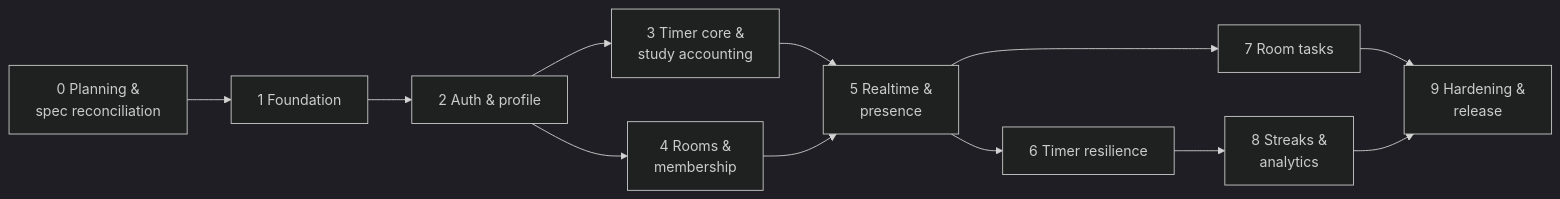
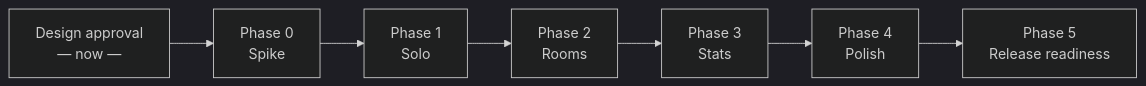
One commit to Atharvaajain/StudySync changed the diagram in DEVELOPMENT_ROADMAP.md. Above: the diagram before and after it, drawn with Mermaid (dark theme). The commit also changed other lines of this file and 6 other files, not shown here.

First line of the commit message:
docs: finalize design v1.0 against the final StudySync specification

````diff
--- a/DEVELOPMENT_ROADMAP.md
+++ b/DEVELOPMENT_ROADMAP.md
@@ -42,14 +41,9 @@
 ```mermaid
 flowchart LR
-  P0[0 Planning &<br/>spec reconciliation] --> P1[1 Foundation]
-  P1 --> P2[2 Auth & profile]
-  P2 --> P3[3 Timer core &<br/>study accounting]
-  P2 --> P4[4 Rooms &<br/>membership]
-  P3 --> P5[5 Realtime &<br/>presence]
-  P4 --> P5
-  P5 --> P6[6 Timer resilience]
-  P5 --> P7[7 Room tasks]
-  P6 --> P8[8 Streaks &<br/>analytics]
-  P7 --> P9[9 Hardening &<br/>release]
-  P8 --> P9
+  A[Design approval<br/>— now —] --> P0[Phase 0<br/>Spike]
+  P0 --> P1[Phase 1<br/>Solo]
+  P1 --> P2[Phase 2<br/>Rooms]
+  P2 --> P3[Phase 3<br/>Stats]
+  P3 --> P4[Phase 4<br/>Polish]
+  P4 --> P5[Phase 5<br/>Release readiness]
 ```
````
